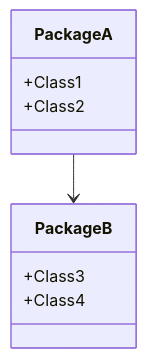
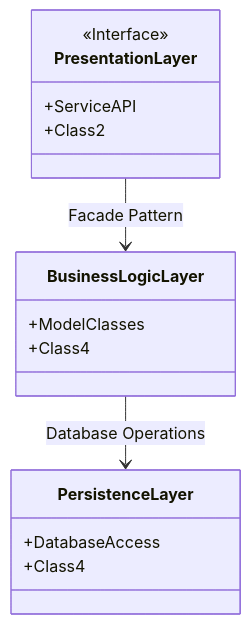
One commit to AnneCecile2935/holbertonschool-hbnb changed the diagram in part1/README.md. Above: the diagram before and after it, drawn with Mermaid.

````diff
--- a/part1/README.md
+++ b/part1/README.md
@@ -3,12 +3,18 @@
 ```mermaid
 classDiagram
-class PackageA {
-    +Class1
+class PresentationLayer {
+    <<Interface>>
+    +ServiceAPI
     +Class2
 }
-class PackageB {
-    +Class3
+class BusinessLogicLayer {
+    +ModelClasses
     +Class4
 }
-PackageA --> PackageB
+class PersistenceLayer {
+    +DatabaseAccess
+    +Class4
+}
+PresentationLayer --> BusinessLogicLayer : Facade Pattern
+BusinessLogicLayer --> PersistenceLayer : Database Operations
 ```
````
